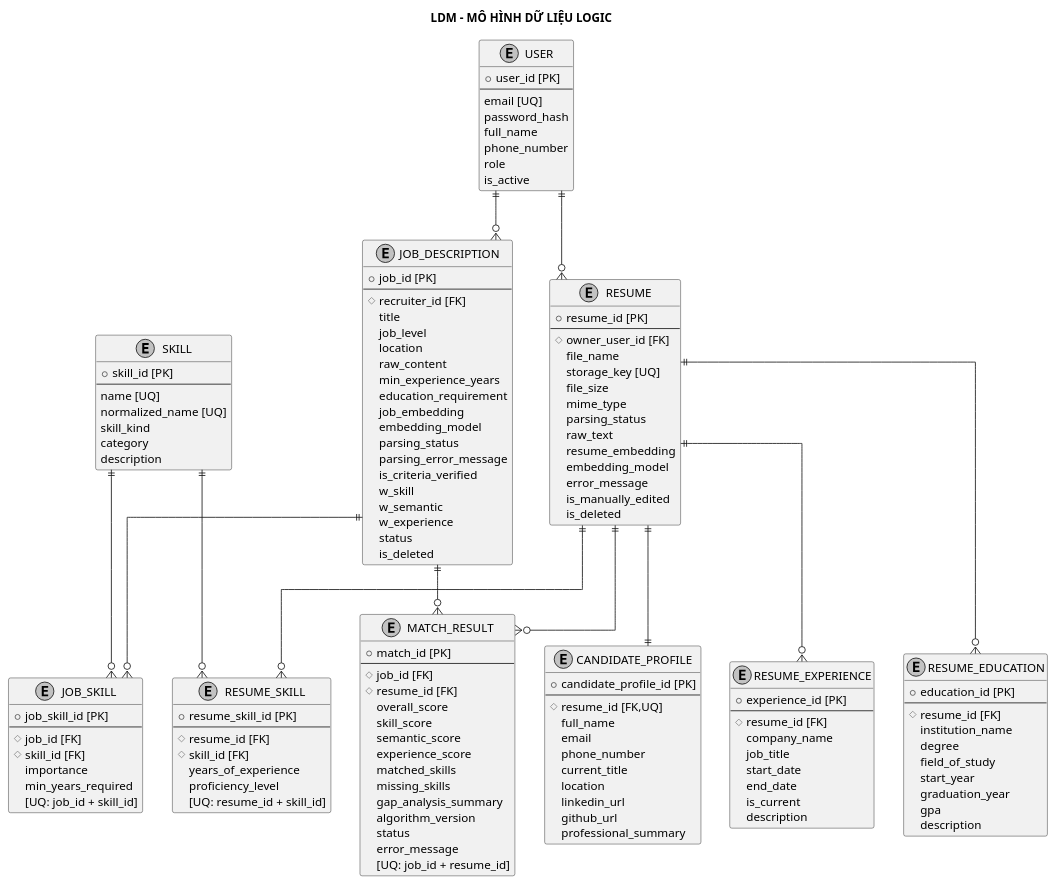
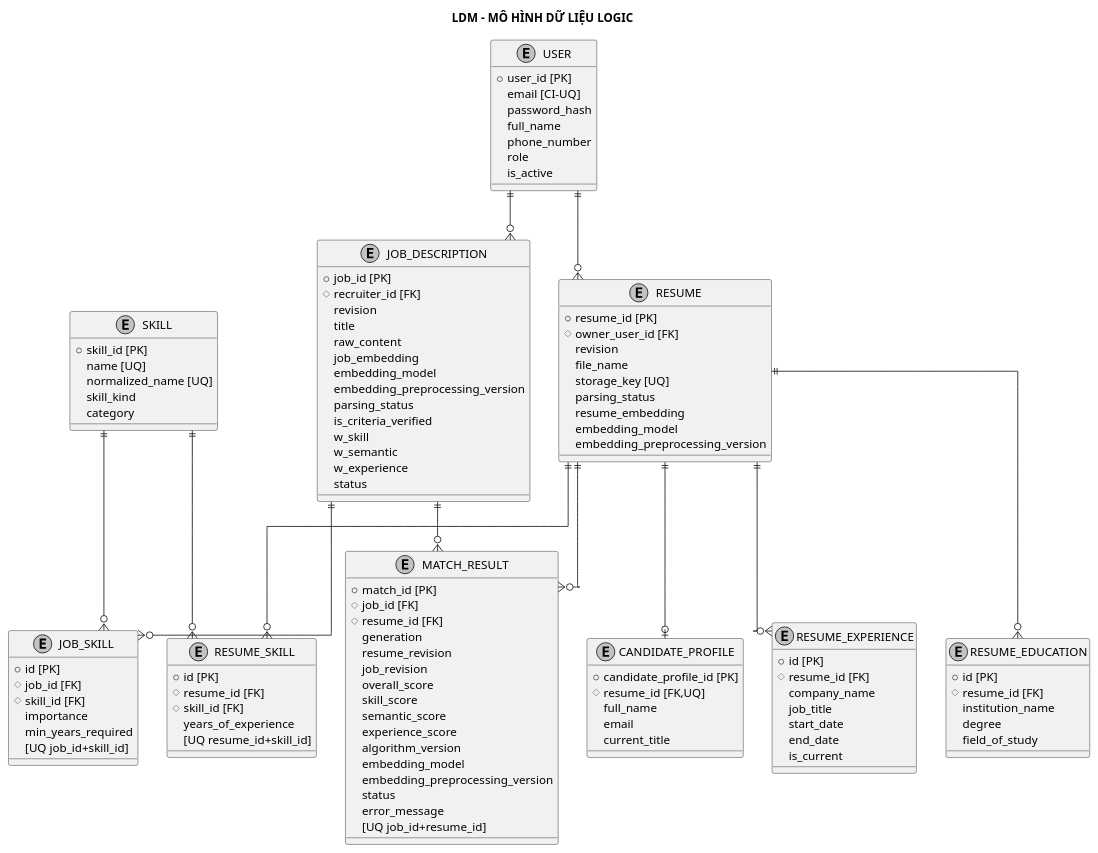
One commit to anh632k-ui/WebCVUngVienTuyenDung changed the diagram in docs/05_database/LDM/02_ldm_logical.puml. Above: the diagram before and after it, drawn with PlantUML.

Commit message:
docs(db): align LDM with revision and provenance fields

```diff
--- a/docs/05_database/LDM/02_ldm_logical.puml
+++ b/docs/05_database/LDM/02_ldm_logical.puml
@@ -1,157 +1,118 @@
 @startuml
 skinparam monochrome true
 skinparam shadowing false
 skinparam linetype ortho
-
 title LDM - MÔ HÌNH DỮ LIỆU LOGIC
 
-entity "USER" as User {
-  + user_id [PK]
-  --
-  email [UQ]
-  password_hash
-  full_name
-  phone_number
-  role
-  is_active
+entity USER {
+ + user_id [PK]
+ email [CI-UQ]
+ password_hash
+ full_name
+ phone_number
+ role
+ is_active
+}
+entity SKILL {
+ + skill_id [PK]
+ name [UQ]
+ normalized_name [UQ]
+ skill_kind
+ category
+}
+entity RESUME {
+ + resume_id [PK]
+ # owner_user_id [FK]
+ revision
+ file_name
+ storage_key [UQ]
+ parsing_status
+ resume_embedding
+ embedding_model
+ embedding_preprocessing_version
+}
+entity CANDIDATE_PROFILE {
+ + candidate_profile_id [PK]
+ # resume_id [FK,UQ]
+ full_name
+ email
+ current_title
+}
+entity RESUME_SKILL {
+ + id [PK]
+ # resume_id [FK]
+ # skill_id [FK]
+ years_of_experience
+ [UQ resume_id+skill_id]
+}
+entity RESUME_EXPERIENCE {
+ + id [PK]
+ # resume_id [FK]
+ company_name
+ job_title
+ start_date
+ end_date
+ is_current
+}
+entity RESUME_EDUCATION {
+ + id [PK]
+ # resume_id [FK]
+ institution_name
+ degree
+ field_of_study
+}
+entity JOB_DESCRIPTION {
+ + job_id [PK]
+ # recruiter_id [FK]
+ revision
+ title
+ raw_content
+ job_embedding
+ embedding_model
+ embedding_preprocessing_version
+ parsing_status
+ is_criteria_verified
+ w_skill
+ w_semantic
+ w_experience
+ status
+}
+entity JOB_SKILL {
+ + id [PK]
+ # job_id [FK]
+ # skill_id [FK]
+ importance
+ min_years_required
+ [UQ job_id+skill_id]
+}
+entity MATCH_RESULT {
+ + match_id [PK]
+ # job_id [FK]
+ # resume_id [FK]
+ generation
+ resume_revision
+ job_revision
+ overall_score
+ skill_score
+ semantic_score
+ experience_score
+ algorithm_version
+ embedding_model
+ embedding_preprocessing_version
+ status
+ error_message
+ [UQ job_id+resume_id]
 }
 
-entity "SKILL" as Skill {
-  + skill_id [PK]
-  --
-  name [UQ]
-  normalized_name [UQ]
-  skill_kind
-  category
-  description
-}
-
-entity "RESUME" as Resume {
-  + resume_id [PK]
-  --
-  # owner_user_id [FK]
-  file_name
-  storage_key [UQ]
-  file_size
-  mime_type
-  parsing_status
-  raw_text
-  resume_embedding
-  embedding_model
-  error_message
-  is_manually_edited
-  is_deleted
-}
-
-entity "CANDIDATE_PROFILE" as CandidateProfile {
-  + candidate_profile_id [PK]
-  --
-  # resume_id [FK,UQ]
-  full_name
-  email
-  phone_number
-  current_title
-  location
-  linkedin_url
-  github_url
-  professional_summary
-}
-
-entity "RESUME_SKILL" as ResumeSkill {
-  + resume_skill_id [PK]
-  --
-  # resume_id [FK]
-  # skill_id [FK]
-  years_of_experience
-  proficiency_level
-  [UQ: resume_id + skill_id]
-}
-
-entity "RESUME_EXPERIENCE" as ResumeExperience {
-  + experience_id [PK]
-  --
-  # resume_id [FK]
-  company_name
-  job_title
-  start_date
-  end_date
-  is_current
-  description
-}
-
-entity "RESUME_EDUCATION" as ResumeEducation {
-  + education_id [PK]
-  --
-  # resume_id [FK]
-  institution_name
-  degree
-  field_of_study
-  start_year
-  graduation_year
-  gpa
-  description
-}
-
-entity "JOB_DESCRIPTION" as Job {
-  + job_id [PK]
-  --
-  # recruiter_id [FK]
-  title
-  job_level
-  location
-  raw_content
-  min_experience_years
-  education_requirement
-  job_embedding
-  embedding_model
-  parsing_status
-  parsing_error_message
-  is_criteria_verified
-  w_skill
-  w_semantic
-  w_experience
-  status
-  is_deleted
-}
-
-entity "JOB_SKILL" as JobSkill {
-  + job_skill_id [PK]
-  --
-  # job_id [FK]
-  # skill_id [FK]
-  importance
-  min_years_required
-  [UQ: job_id + skill_id]
-}
-
-entity "MATCH_RESULT" as Match {
-  + match_id [PK]
-  --
-  # job_id [FK]
-  # resume_id [FK]
-  overall_score
-  skill_score
-  semantic_score
-  experience_score
-  matched_skills
-  missing_skills
-  gap_analysis_summary
-  algorithm_version
-  status
-  error_message
-  [UQ: job_id + resume_id]
-}
-
-User ||--o{ Resume
-User ||--o{ Job
-Resume ||--|| CandidateProfile
-Resume ||--o{ ResumeSkill
-Skill ||--o{ ResumeSkill
-Resume ||--o{ ResumeExperience
-Resume ||--o{ ResumeEducation
-Job ||--o{ JobSkill
-Skill ||--o{ JobSkill
-Job ||--o{ Match
-Resume ||--o{ Match
-
+USER ||--o{ RESUME
+USER ||--o{ JOB_DESCRIPTION
+RESUME ||--o| CANDIDATE_PROFILE
+RESUME ||--o{ RESUME_SKILL
+SKILL ||--o{ RESUME_SKILL
+RESUME ||--o{ RESUME_EXPERIENCE
+RESUME ||--o{ RESUME_EDUCATION
+JOB_DESCRIPTION ||--o{ JOB_SKILL
+SKILL ||--o{ JOB_SKILL
+JOB_DESCRIPTION ||--o{ MATCH_RESULT
+RESUME ||--o{ MATCH_RESULT
 @enduml
```
